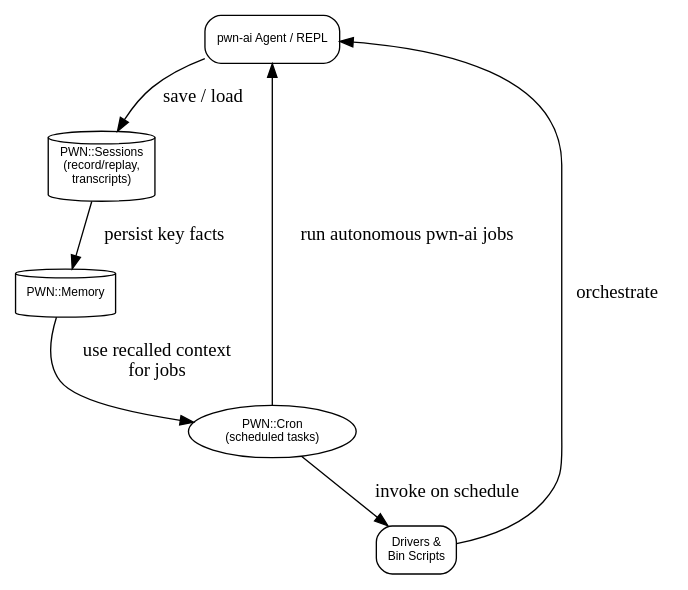
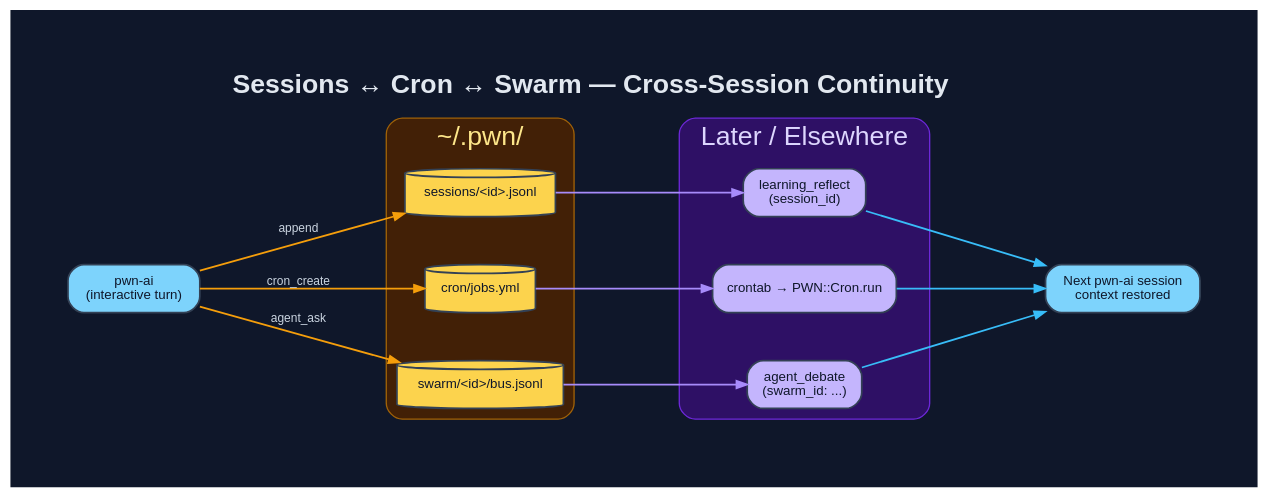
The diagram in documentation/diagrams/dot/sessions-cron-automation.dot (0dayInc/pwn), drawn with Graphviz before and after one commit. The commit also changed 58 other files, not shown here.

```diff
--- a/documentation/diagrams/dot/sessions-cron-automation.dot
+++ b/documentation/diagrams/dot/sessions-cron-automation.dot
@@ -1,17 +1,44 @@
-digraph "PWN Sessions, Cron & Scheduled Automation" {
-  rankdir=TB;
-  node [shape=box, style=rounded, fontname="Arial", fontsize=9];
+digraph "PWN_SessionsCron" {
+  graph [
+    label=<<B>Sessions ↔ Cron ↔ Swarm — Cross-Session Continuity</B>>,
+    labelloc=t, fontsize=20, fontname="Helvetica",
+    rankdir=LR, splines=spline, nodesep=0.5, ranksep=1.3,
+    bgcolor="#0f172a", fontcolor="#e2e8f0", pad=0.6, newrank=true
+  ];
+  node [fontname="Helvetica", fontsize=10, style="filled,rounded",
+        shape=box, penwidth=1.3, color="#334155", fontcolor="#0f172a"];
+  edge [fontname="Helvetica", fontsize=9, color="#94a3b8",
+        fontcolor="#cbd5e1", penwidth=1.3, arrowsize=0.8];
 
-  Agent [label="pwn-ai Agent / REPL"];
-  Sessions [label="PWN::Sessions\n(record/replay,\ntranscripts)", shape=cylinder, fillcolor=lightyellow];
-  Cron [label="PWN::Cron\n(scheduled tasks)", shape=ellipse, fillcolor=lightcoral];
-  Drivers [label="Drivers &\nBin Scripts"];
-  Memory [label="PWN::Memory", shape=cylinder, fillcolor=lightyellow];
+  Now [label="pwn-ai\n(interactive turn)", fillcolor="#7dd3fc"];
 
-  Agent -> Sessions [label="save / load"];
-  Cron -> Drivers [label="invoke on schedule"];
-  Cron -> Agent [label="run autonomous pwn-ai jobs"];
-  Drivers -> Agent [label="orchestrate"];
-  Sessions -> Memory [label="persist key facts"];
-  Memory -> Cron [label="use recalled context\nfor jobs"];
+  subgraph cluster_p {
+    label="~/.pwn/"; fontcolor="#fde68a"; style=rounded;
+    color="#a16207"; bgcolor="#422006";
+    Sess  [label="sessions/<id>.jsonl", shape=cylinder, fillcolor="#fcd34d"];
+    Cron  [label="cron/jobs.yml",       shape=cylinder, fillcolor="#fcd34d"];
+    Swarm [label="swarm/<id>/bus.jsonl",shape=cylinder, fillcolor="#fcd34d"];
+  }
+  {rank=same; Sess; Cron; Swarm}
+
+  subgraph cluster_later {
+    label="Later / Elsewhere"; fontcolor="#ddd6fe"; style=rounded;
+    color="#6d28d9"; bgcolor="#2e1065";
+    Reflect [label="learning_reflect\n(session_id)",   fillcolor="#c4b5fd"];
+    Fire    [label="crontab → PWN::Cron.run",           fillcolor="#c4b5fd"];
+    Resume  [label="agent_debate\n(swarm_id: ...)",     fillcolor="#c4b5fd"];
+  }
+  {rank=same; Reflect; Fire; Resume}
+
+  Next [label="Next pwn-ai session\ncontext restored", fillcolor="#7dd3fc"];
+
+  Now -> Sess  [label="append", color="#f59e0b"];
+  Now -> Cron  [label="cron_create", color="#f59e0b"];
+  Now -> Swarm [label="agent_ask", color="#f59e0b"];
+  Sess  -> Reflect [color="#a78bfa"];
+  Cron  -> Fire    [color="#a78bfa"];
+  Swarm -> Resume  [color="#a78bfa"];
+  Reflect -> Next [color="#38bdf8"];
+  Fire    -> Next [color="#38bdf8"];
+  Resume  -> Next [color="#38bdf8"];
 }
```
